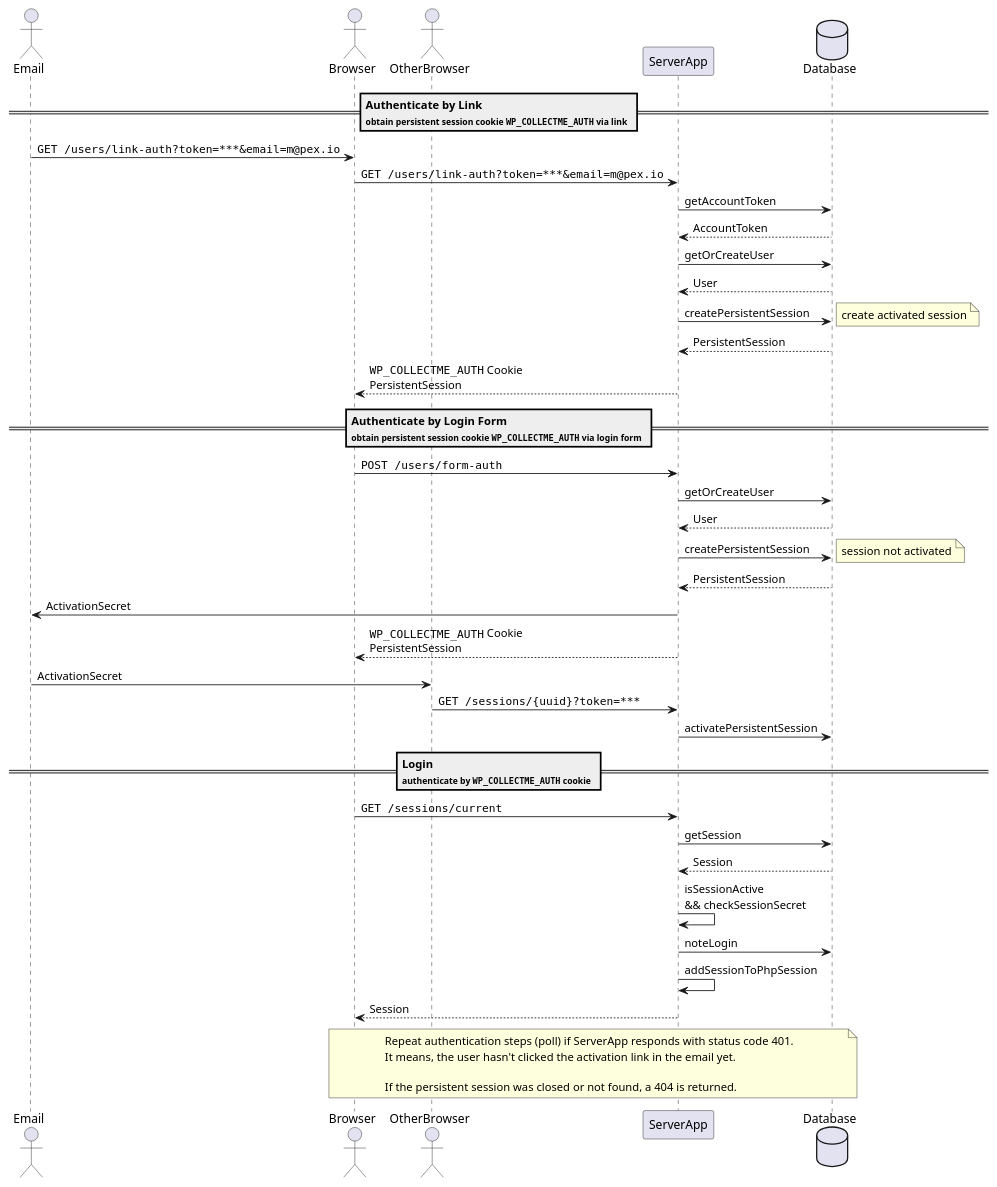
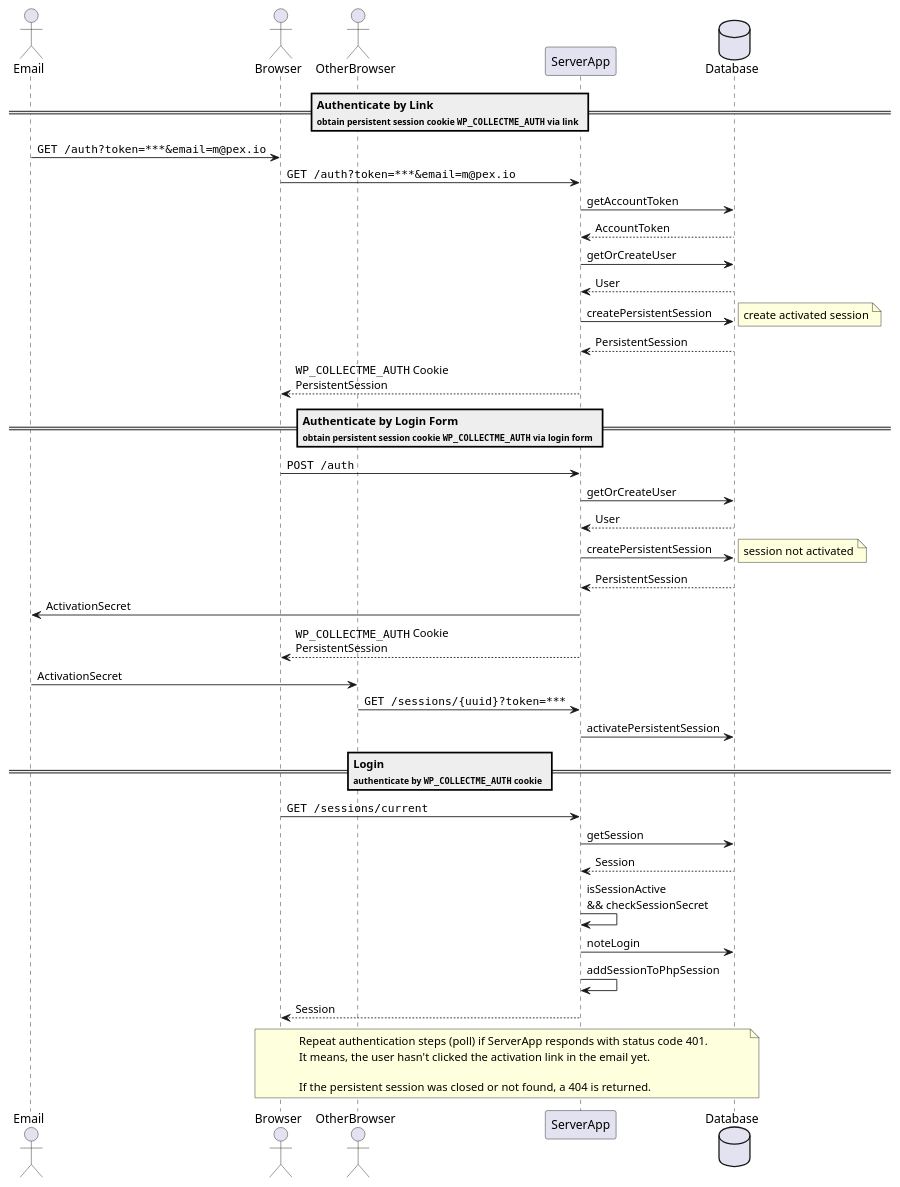
Before and after one commit to grueneschweiz/collectme: the diagram in docs/uml/login-flow.puml, drawn with PlantUML.

Commit message:
[DOCS] update auth endpoint urls

```diff
--- a/docs/uml/login-flow.puml
+++ b/docs/uml/login-flow.puml
@@ -1,49 +1,49 @@
 @startuml
 Actor Email
 Actor Browser
 Actor OtherBrowser
 Participant ServerApp
 Database Database
 
 
 == Authenticate by Link\n<size:10>obtain persistent session cookie ""WP_COLLECTME_AUTH"" via link</size> ==
-Email -> Browser : ""GET /users/link-auth?token=***&email=m@pex.io""
-Browser -> ServerApp : ""GET /users/link-auth?token=***&email=m@pex.io""
+Email -> Browser : ""GET /auth?token=***&email=m@pex.io""
+Browser -> ServerApp : ""GET /auth?token=***&email=m@pex.io""
 ServerApp -> Database : getAccountToken
 Database --> ServerApp : AccountToken
 ServerApp -> Database  : getOrCreateUser
 Database --> ServerApp : User
 ServerApp -> Database  : createPersistentSession
 note right: create activated session
 Database --> ServerApp : PersistentSession
 ServerApp --> Browser  : ""WP_COLLECTME_AUTH"" Cookie\nPersistentSession
 
 == Authenticate by Login Form\n<size:10>obtain persistent session cookie ""WP_COLLECTME_AUTH"" via login form</size> ==
-Browser -> ServerApp   : ""POST /users/form-auth""
+Browser -> ServerApp   : ""POST /auth""
 ServerApp -> Database  : getOrCreateUser
 Database --> ServerApp : User
 ServerApp -> Database  : createPersistentSession
 note right: session not activated
 Database --> ServerApp : PersistentSession
 ServerApp -> Email     : ActivationSecret
 ServerApp --> Browser  : ""WP_COLLECTME_AUTH"" Cookie\nPersistentSession
 Email -> OtherBrowser  : ActivationSecret
 OtherBrowser -> ServerApp: ""GET /sessions/{uuid}?token=***""
 ServerApp -> Database  : activatePersistentSession
 
 == Login\n<size:10>authenticate by ""WP_COLLECTME_AUTH"" cookie</size> ==
 Browser -> ServerApp : ""GET /sessions/current""
 ServerApp -> Database : getSession
 Database --> ServerApp : Session
 ServerApp -> ServerApp : isSessionActive\n&& checkSessionSecret
 ServerApp -> Database : noteLogin
 ServerApp -> ServerApp : addSessionToPhpSession
 ServerApp --> Browser : Session
 
 note over Browser, Database
 Repeat authentication steps (poll) if ServerApp responds with status code 401.
 It means, the user hasn't clicked the activation link in the email yet.
 
 If the persistent session was closed or not found, a 404 is returned.
 end note
 @enduml
```
